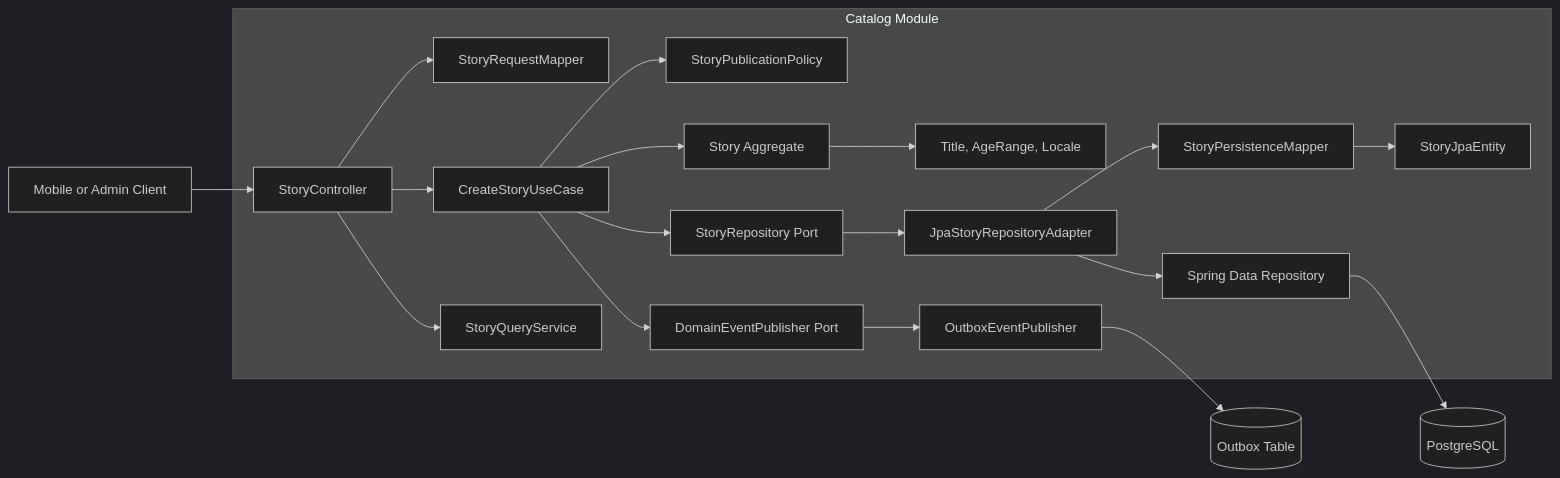
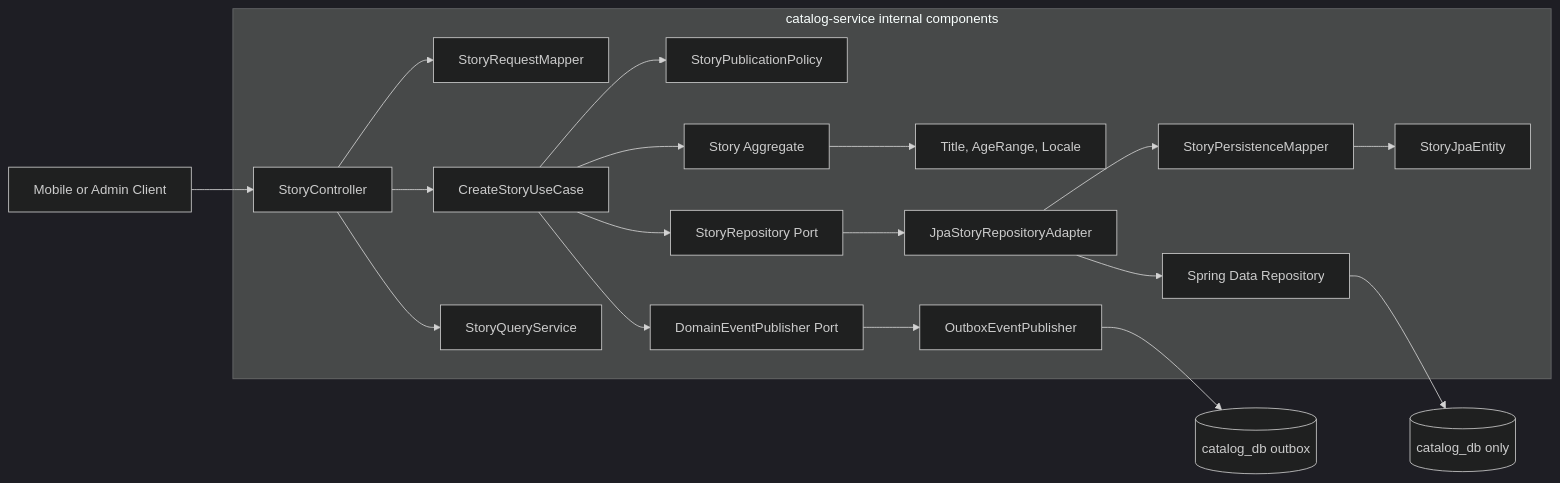
One commit to IoanMarian08/KidsAudioBookPlatform changed the first of 5 diagrams in docs/03_Architecture/C4_Model/04_Code_Diagram.md. Above: the diagram before and after it, drawn with Mermaid (dark theme). The commit also changed other lines of this file and 2 other files, not shown here.

Commit message:
docs: align C4 components/code views and implementation phases with microservices

````diff
--- a/docs/03_Architecture/C4_Model/04_Code_Diagram.md
+++ b/docs/03_Architecture/C4_Model/04_Code_Diagram.md
@@ -32,41 +32,41 @@
 ```mermaid
 flowchart LR
     Client[Mobile or Admin Client]
 
-    subgraph CatalogModule[Catalog Module]
+    subgraph CatalogModule[catalog-service internal components]
         Controller[StoryController]
         RequestMapper[StoryRequestMapper]
         UseCase[CreateStoryUseCase]
         QueryService[StoryQueryService]
         DomainService[StoryPublicationPolicy]
         Aggregate[Story Aggregate]
         ValueObjects[Title, AgeRange, Locale]
         Port[StoryRepository Port]
         EventPort[DomainEventPublisher Port]
         Mapper[StoryPersistenceMapper]
         JpaAdapter[JpaStoryRepositoryAdapter]
         JpaRepository[Spring Data Repository]
         Entity[StoryJpaEntity]
         EventAdapter[OutboxEventPublisher]
     end
 
-    Database[(PostgreSQL)]
-    Outbox[(Outbox Table)]
+    Database[(catalog_db only)]
+    Outbox[(catalog_db outbox)]
 
     Client --> Controller
     Controller --> RequestMapper
     Controller --> UseCase
     Controller --> QueryService
     UseCase --> DomainService
     UseCase --> Aggregate
     Aggregate --> ValueObjects
     UseCase --> Port
     UseCase --> EventPort
     Port --> JpaAdapter
     JpaAdapter --> Mapper
     Mapper --> Entity
     JpaAdapter --> JpaRepository
     JpaRepository --> Database
     EventPort --> EventAdapter
     EventAdapter --> Outbox
 ```
````
